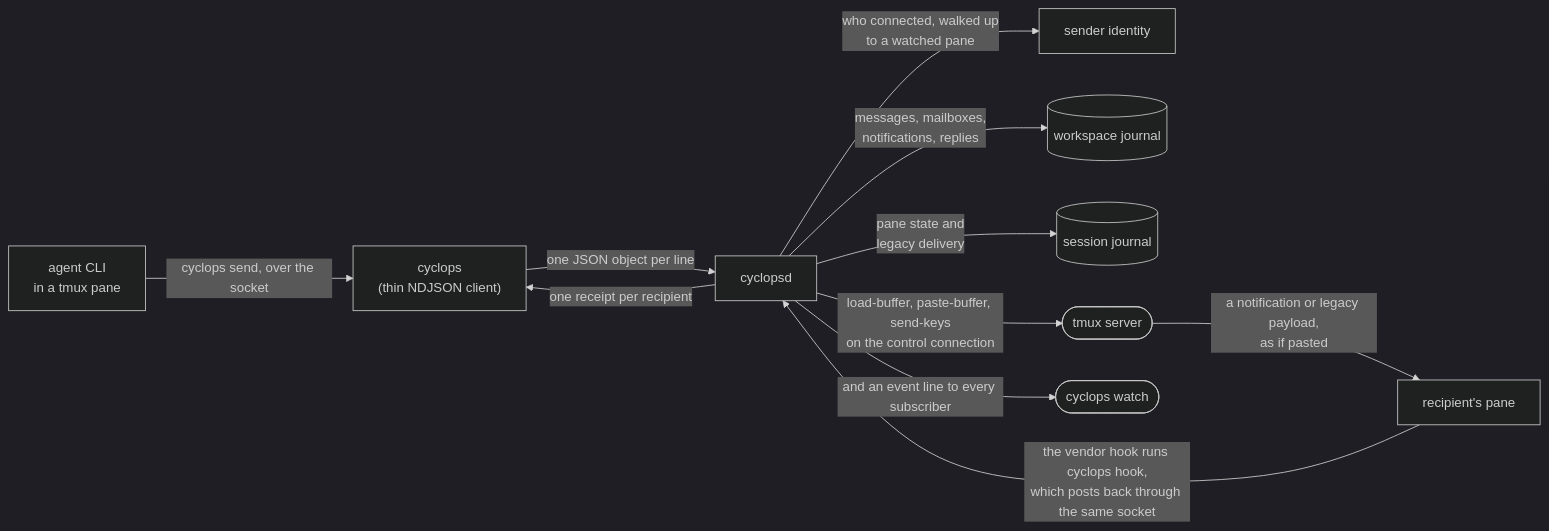
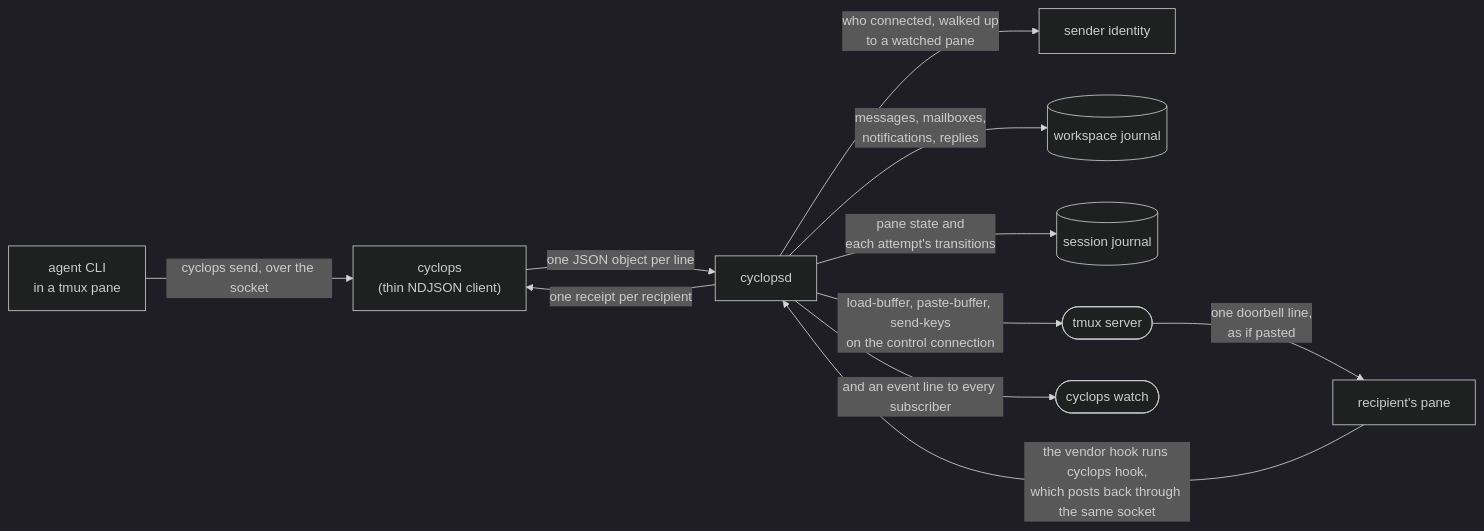
The first of 6 diagrams in docs/development/ARCHITECTURE.md (cyclops-team/cyclops), drawn with Mermaid (dark theme) before and after one commit. The commit also changed other lines of this file and 35 other files, not shown here.

````diff
--- a/docs/development/ARCHITECTURE.md
+++ b/docs/development/ARCHITECTURE.md
@@ -24,13 +22,13 @@
 ```mermaid
 flowchart LR
     A["agent CLI<br/>in a tmux pane"] -->|"cyclops send, over the socket"| C["cyclops<br/>(thin NDJSON client)"]
     C -->|"one JSON object per line"| D["cyclopsd"]
     D -->|"who connected, walked up<br/>to a watched pane"| I["sender identity"]
     D -->|"messages, mailboxes,<br/>notifications, replies"| W[("workspace journal")]
-    D -->|"pane state and<br/>legacy delivery"| L[("session journal")]
+    D -->|"pane state and<br/>each attempt's transitions"| L[("session journal")]
     D -->|"load-buffer, paste-buffer, send-keys<br/>on the control connection"| T(["tmux server"])
-    T -->|"a notification or legacy payload,<br/>as if pasted"| B["recipient's pane"]
+    T -->|"one doorbell line,<br/>as if pasted"| B["recipient's pane"]
     B -->|"the vendor hook runs cyclops hook,<br/>which posts back through the same socket"| D
     D -->|"one receipt per recipient"| C
     D -->|"and an event line to every subscriber"| S(["cyclops watch"])
 ```
````
